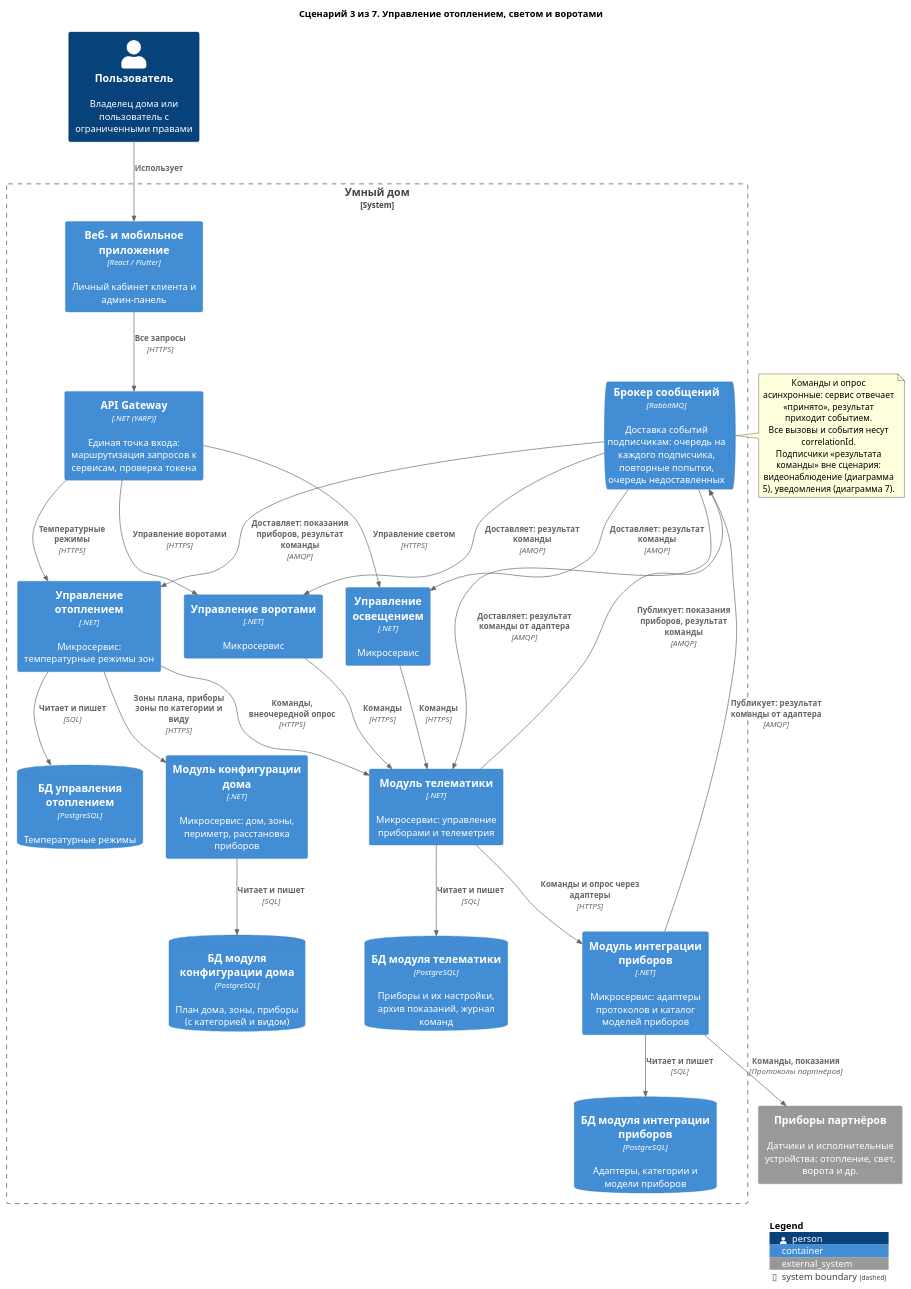
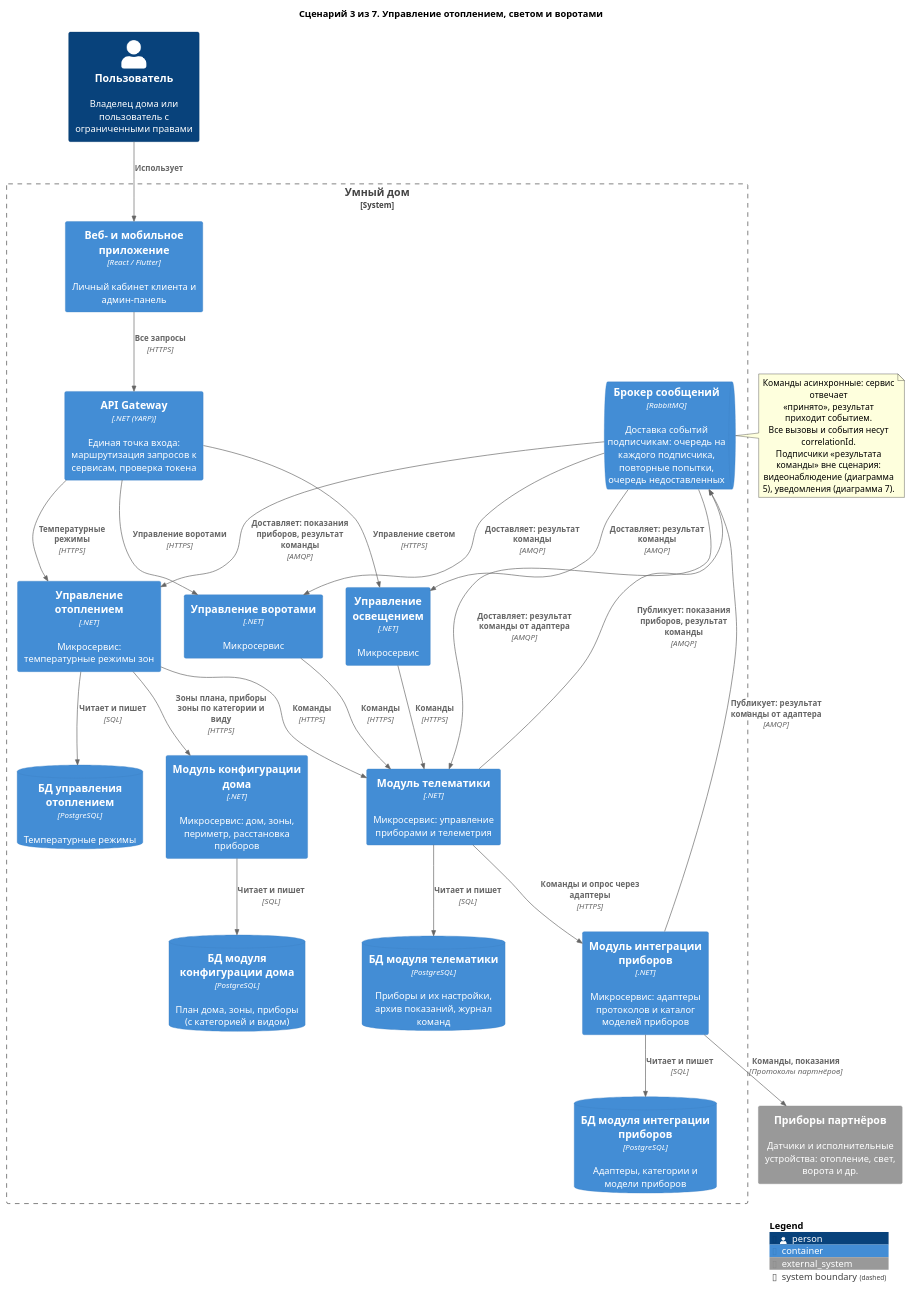
Before and after one commit to Lyamin-av/architecture-warmhouse: the diagram in diagrams/containers-scenarios/03-device-control.puml, drawn with PlantUML. The commit also changed 10 other files, not shown here.

```diff
--- a/diagrams/containers-scenarios/03-device-control.puml
+++ b/diagrams/containers-scenarios/03-device-control.puml
@@ -1,58 +1,58 @@
 @startuml 03-device-control
 !include <C4/C4_Container>
 
 title Сценарий 3 из 7. Управление отоплением, светом и воротами
 
 Person(user, "Пользователь", "Владелец дома или пользователь с ограниченными правами")
 
 System_Boundary(Warmhouse, "Умный дом") {
     Container(apps, "Веб- и мобильное приложение", "React / Flutter", "Личный кабинет клиента и админ-панель")
     Container(Gateway, "API Gateway", ".NET (YARP)", "Единая точка входа: маршрутизация запросов к сервисам, проверка токена")
     Container(Heating, "Управление отоплением", ".NET", "Микросервис: температурные режимы зон")
     Container(Lighting, "Управление освещением", ".NET", "Микросервис")
     Container(GateControl, "Управление воротами", ".NET", "Микросервис")
     Container(HouseConfigurator, "Модуль конфигурации дома", ".NET", "Микросервис: дом, зоны, периметр, расстановка приборов")
     Container(Telematics, "Модуль телематики", ".NET", "Микросервис: управление приборами и телеметрия")
     Container(DeviceIntegration, "Модуль интеграции приборов", ".NET", "Микросервис: адаптеры протоколов и каталог моделей приборов")
     ContainerQueue(Broker, "Брокер сообщений", "RabbitMQ", "Доставка событий подписчикам: очередь на каждого подписчика, повторные попытки, очередь недоставленных")
     ContainerDb(dbHeating, "БД управления отоплением", "PostgreSQL", "Температурные режимы")
     ContainerDb(dbTelematics, "БД модуля телематики", "PostgreSQL", "Приборы и их настройки, архив показаний, журнал команд")
     ContainerDb(dbDIS, "БД модуля интеграции приборов", "PostgreSQL", "Адаптеры, категории и модели приборов")
     ContainerDb(dbHC, "БД модуля конфигурации дома", "PostgreSQL", "План дома, зоны, приборы (с категорией и видом)")
 }
 
 System_Ext(devices, "Приборы партнёров", "Датчики и исполнительные устройства: отопление, свет, ворота и др.")
 
 Rel(user, apps, "Использует")
 Rel(apps, Gateway, "Все запросы", "HTTPS")
 Rel(Gateway, Heating, "Температурные режимы", "HTTPS")
 Rel(Gateway, Lighting, "Управление светом", "HTTPS")
 Rel(Gateway, GateControl, "Управление воротами", "HTTPS")
 Rel(Heating, HouseConfigurator, "Зоны плана, приборы зоны по категории и виду", "HTTPS")
-Rel(Heating, Telematics, "Команды, внеочередной опрос", "HTTPS")
+Rel(Heating, Telematics, "Команды", "HTTPS")
 Rel(Telematics, Broker, "Публикует: показания приборов, результат команды", "AMQP")
 Rel(Broker, Heating, "Доставляет: показания приборов, результат команды", "AMQP")
 Rel(Broker, Lighting, "Доставляет: результат команды", "AMQP")
 Rel(Broker, GateControl, "Доставляет: результат команды", "AMQP")
 Rel(DeviceIntegration, Broker, "Публикует: результат команды от адаптера", "AMQP")
 Rel(Broker, Telematics, "Доставляет: результат команды от адаптера", "AMQP")
 
 note right of Broker
-  Команды и опрос асинхронные: сервис отвечает
+  Команды асинхронные: сервис отвечает
   «принято», результат приходит событием.
   Все вызовы и события несут correlationId.
   Подписчики «результата команды» вне сценария:
   видеонаблюдение (диаграмма 5), уведомления (диаграмма 7).
 end note
 Rel(Lighting, Telematics, "Команды", "HTTPS")
 Rel(GateControl, Telematics, "Команды", "HTTPS")
 Rel(Telematics, DeviceIntegration, "Команды и опрос через адаптеры", "HTTPS")
 Rel(DeviceIntegration, devices, "Команды, показания", "Протоколы партнёров")
 
 Rel(Heating, dbHeating, "Читает и пишет", "SQL")
 Rel(Telematics, dbTelematics, "Читает и пишет", "SQL")
 Rel(DeviceIntegration, dbDIS, "Читает и пишет", "SQL")
 Rel(HouseConfigurator, dbHC, "Читает и пишет", "SQL")
 
 SHOW_LEGEND()
 @enduml
```
